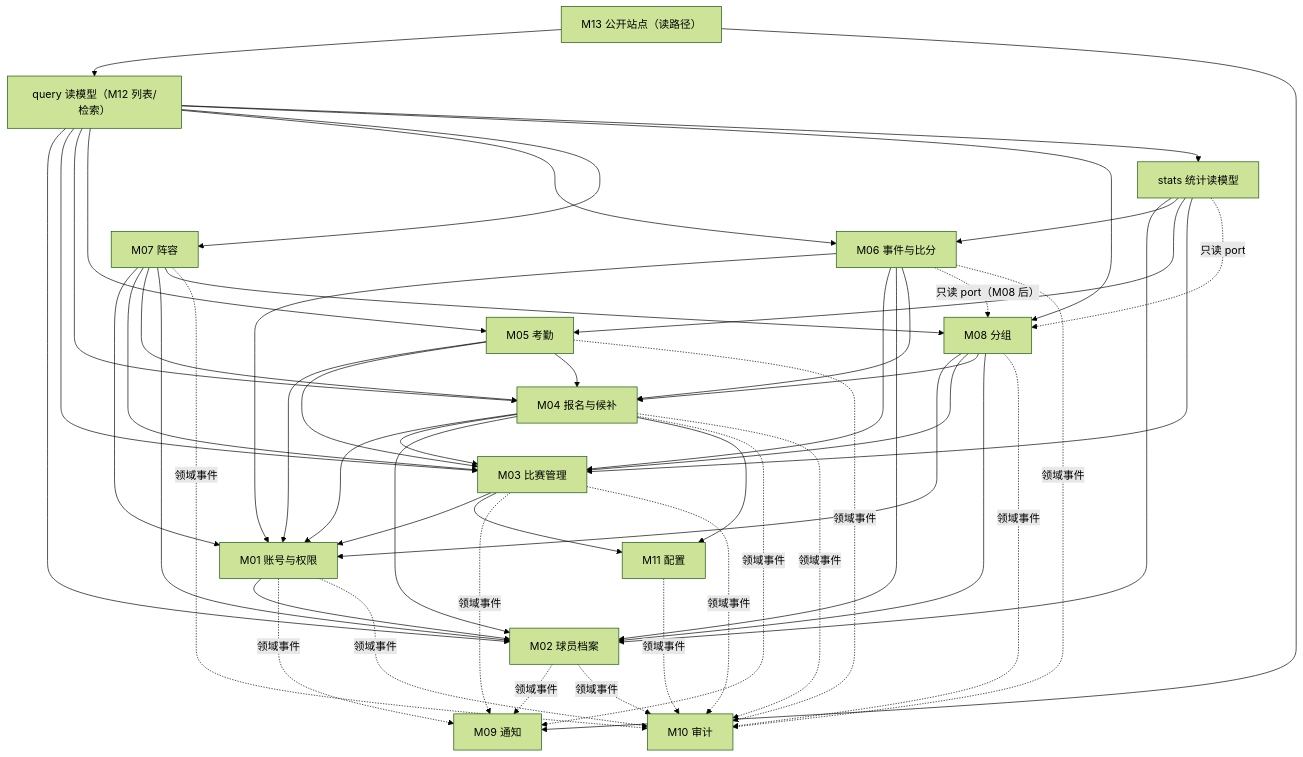
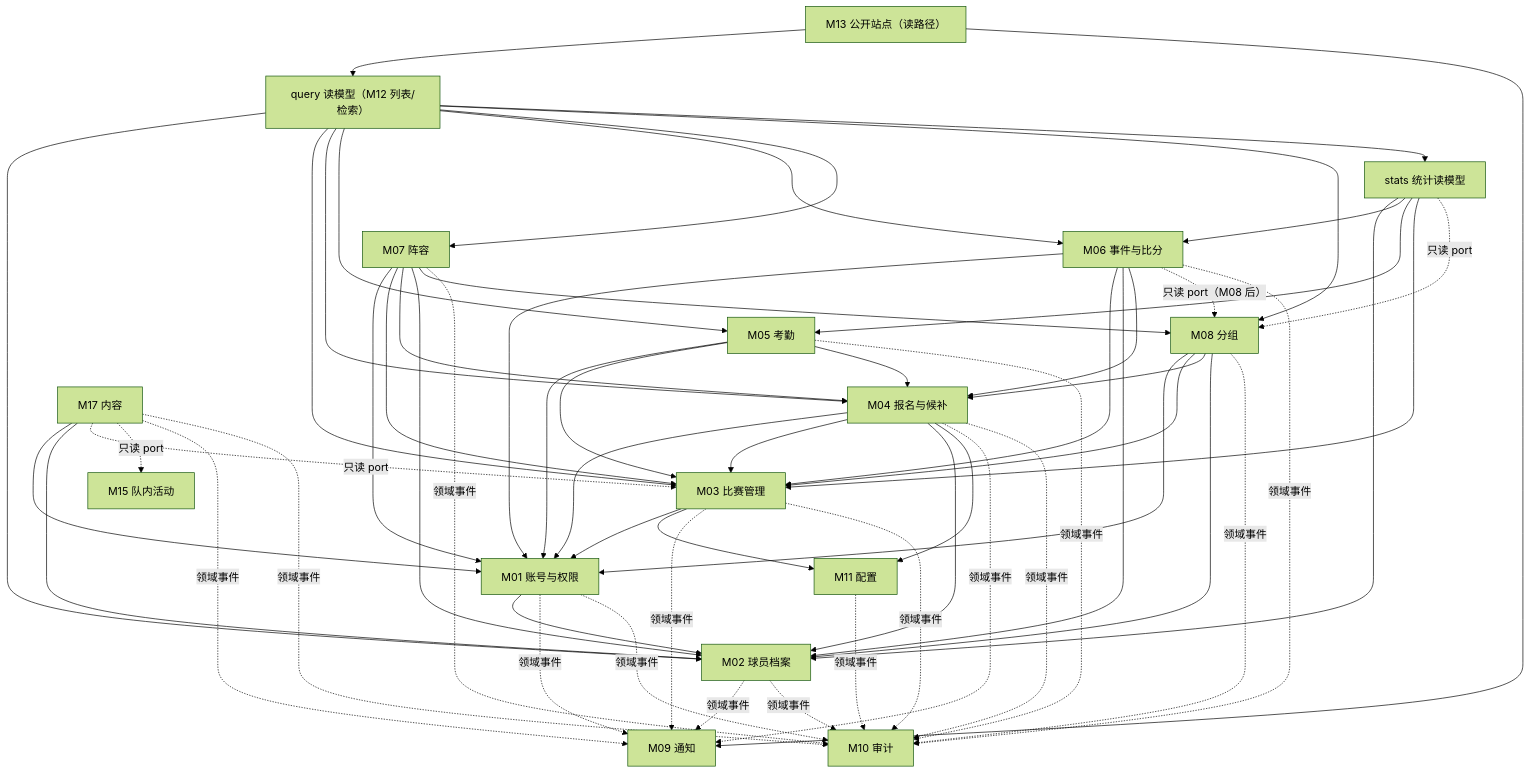
Before and after one commit to zhouyacheng/yunhefc: the second of 7 diagrams in docs/design/03.整体架构设计.md, drawn with Mermaid (forest theme). The commit also changed other lines of this file and 11 other files, not shown here.

```diff
--- a/docs/design/03.整体架构设计.md
+++ b/docs/design/03.整体架构设计.md
@@ -187,6 +188,8 @@
   Stats["stats 统计读模型"]
   Query["query 读模型（M12 列表/检索）"]
   Web["M13 公开站点（读路径）"]
+  Act["M15 队内活动"]
+  Content["M17 内容"]
 
   Auth --> Player
 
@@ -231,6 +234,13 @@
   Web --> Query
   Web --> Notify
 
+  Content --> Auth
+  Content --> Player
+  Content -.->|只读 port| Match
+  Content -.->|只读 port| Act
+  Content -.->|领域事件| Notify
+  Content -.->|领域事件| Audit
+
   Auth -.->|领域事件| Notify
   Player -.->|领域事件| Notify
   Match -.->|领域事件| Notify
```
